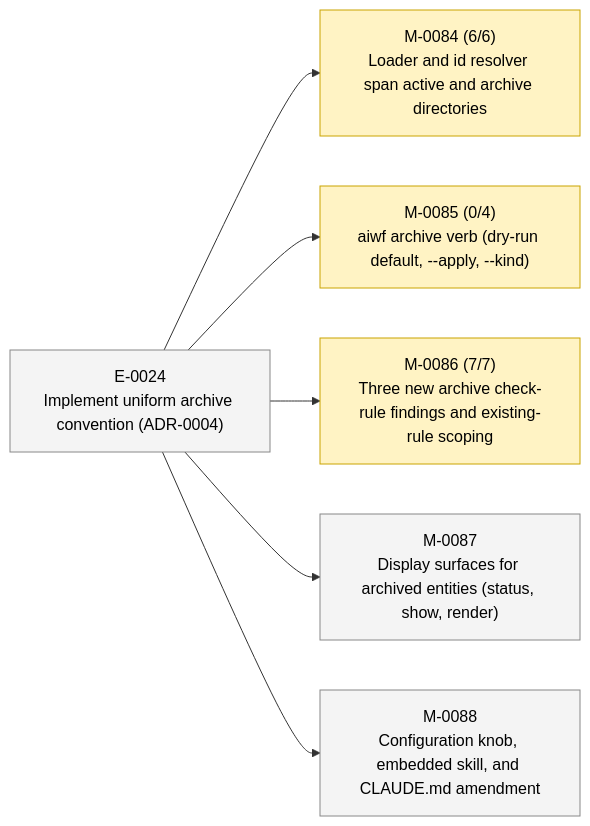
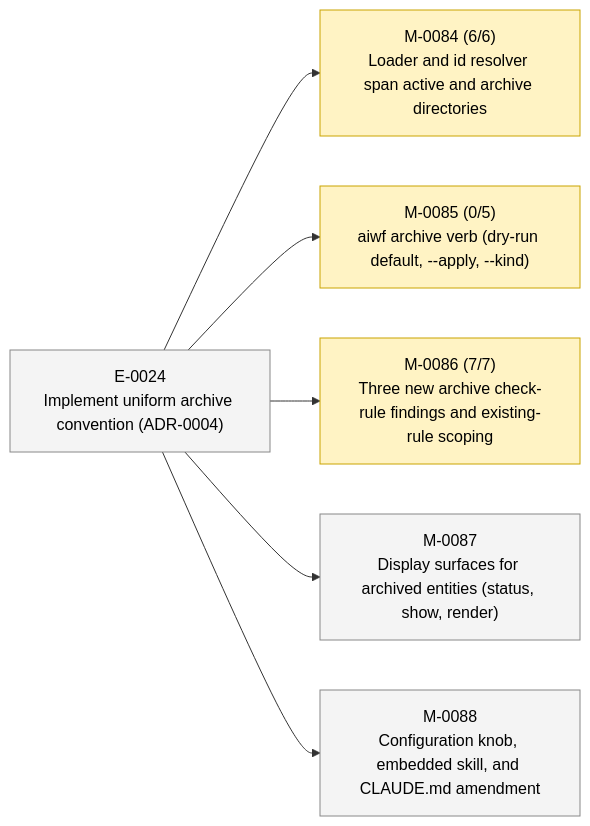
One commit to 23min/aiwf changed the second of 2 diagrams in STATUS.md. Above: the diagram before and after it, drawn with Mermaid. The commit also changed other lines of this file and 1 other file, not shown here.

First line of the commit message:
aiwf add ac M-0085/AC-5 "Per-kind storage layout follows ADR-0004 storage table"

````diff
--- a/STATUS.md
+++ b/STATUS.md
@@ -49,20 +49,20 @@
 ```mermaid
 flowchart LR
   E_0024["E-0024<br/>Implement uniform archive convention (ADR-0004)"]:::epic_proposed
   M_0084["M-0084 (6/6)<br/>Loader and id resolver span active and archive directories"]:::ms_in_progress
   E_0024 --> M_0084
-  M_0085["M-0085 (0/4)<br/>aiwf archive verb (dry-run default, --apply, --kind)"]:::ms_in_progress
+  M_0085["M-0085 (0/5)<br/>aiwf archive verb (dry-run default, --apply, --kind)"]:::ms_in_progress
   E_0024 --> M_0085
   M_0086["M-0086 (7/7)<br/>Three new archive check-rule findings and existing-rule scoping"]:::ms_in_progress
   E_0024 --> M_0086
   M_0087["M-0087<br/>Display surfaces for archived entities (status, show, render)"]:::ms_draft
   E_0024 --> M_0087
   M_0088["M-0088<br/>Configuration knob, embedded skill, and CLAUDE.md amendment"]:::ms_draft
   E_0024 --> M_0088
   classDef epic_active fill:#d6eaff,stroke:#1a73e8,color:#000
   classDef epic_proposed fill:#f4f4f4,stroke:#888,color:#000
   classDef ms_done fill:#d8f5d8,stroke:#2a8a2a,color:#000
   classDef ms_in_progress fill:#fff3c4,stroke:#caa400,color:#000
   classDef ms_draft fill:#f4f4f4,stroke:#888,color:#000
   classDef ms_cancelled fill:#fbeaea,stroke:#c33,color:#000
 ```
````
